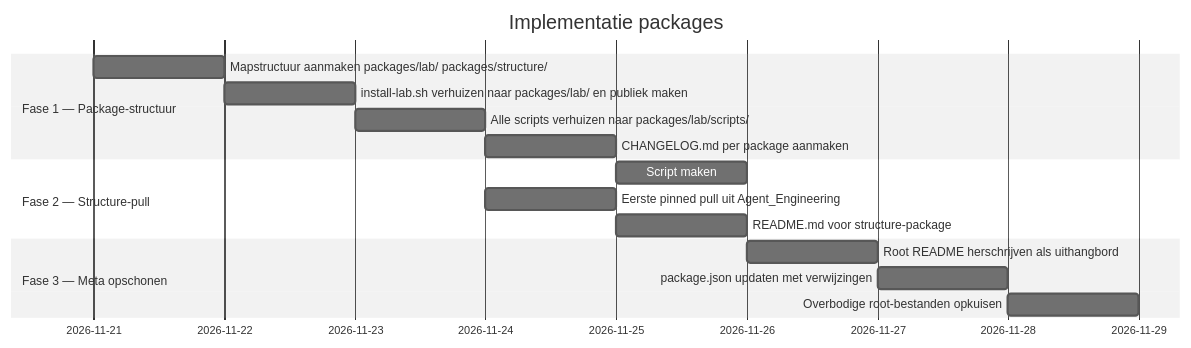
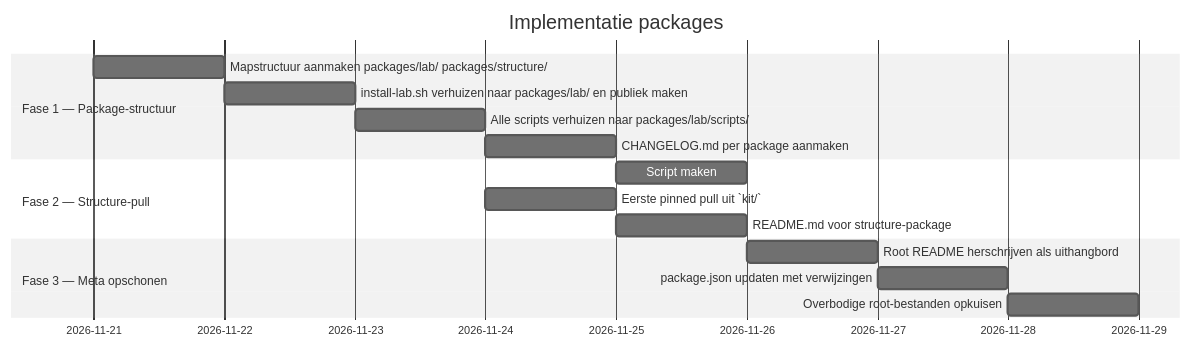
Before and after one commit to Lennaertds/cardine: the diagram in docs/packages/IMPLEMENTATION.md, drawn with Mermaid (neutral theme). The commit also changed other lines of this file and 46 other files, not shown here.

Commit message:
Alle Agent_Engineering verwijzingen weg

````diff
--- a/docs/packages/IMPLEMENTATION.md
+++ b/docs/packages/IMPLEMENTATION.md
@@ -33,21 +33,21 @@
 ```mermaid
 gantt
     title Implementatie packages
     dateFormat  YYYY-MM-DD
     
     section Fase 1 — Package-structuur
     Mapstructuur aanmaken packages/lab/ packages/structure/                         :p1a, 2026-11-21, 1d
     install-lab.sh verhuizen naar packages/lab/ en publiek maken                    :p1b, after p1a, 1d
     Alle scripts verhuizen naar packages/lab/scripts/                               :p1c, after p1b, 1d
     CHANGELOG.md per package aanmaken                                               :p1d, after p1c, 1d
     
     section Fase 2 — Structure-pull
-    Script maken: pull_kit.sh dat kit uit Agent_Engineering kopieert                 :p2a, after p1d, 1d
-    Eerste pinned pull uit Agent_Engineering                                        :p2b, after p2a, 1d
+    Script maken: pull_kit.sh dat kit uit `kit/` kopieert                 :p2a, after p1d, 1d
+    Eerste pinned pull uit `kit/`                                        :p2b, after p2a, 1d
     README.md voor structure-package                                                :p2c, after p2b, 1d
     
     section Fase 3 — Meta opschonen
     Root README herschrijven als uithangbord                                         :p3a, after p2c, 1d
     package.json updaten met verwijzingen                                           :p3b, after p3a, 1d
     Overbodige root-bestanden opkuisen                                              :p3c, after p3b, 1d
 ```
````
